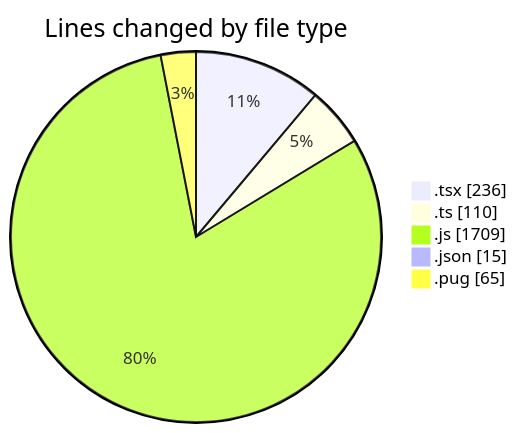
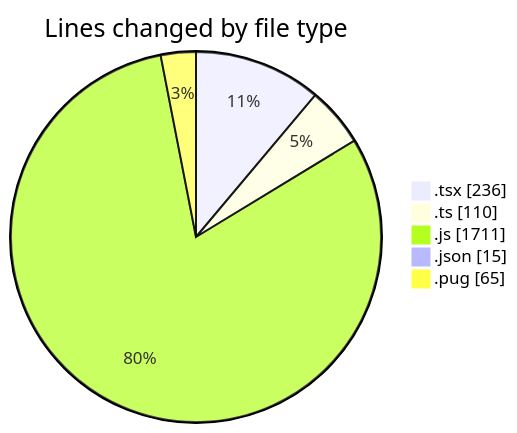
The first of 2 diagrams in 2025-03-24/cda/README.md (momahboobian/code-tracking), drawn with Mermaid before and after one commit. The commit also changed other lines of this file and 1 other file, not shown here.

````diff
--- a/2025-03-24/cda/README.md
+++ b/2025-03-24/cda/README.md
@@ -30,9 +30,9 @@
 ```mermaid
 pie showData
 title Lines changed by file type
 ".tsx" : 236
 ".ts" : 110
-".js" : 1709
+".js" : 1711
 ".json" : 15
 ".pug" : 65
 ```
````
